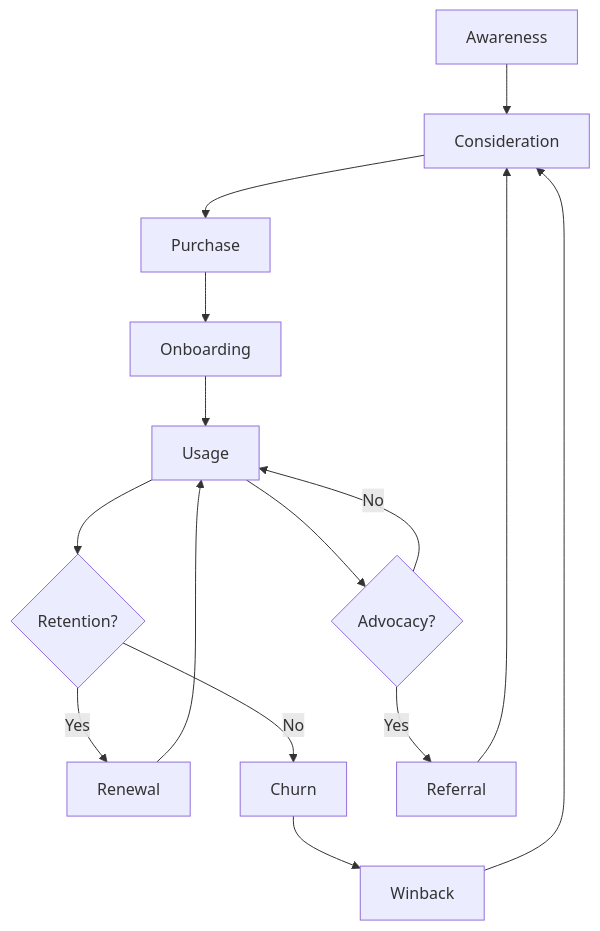
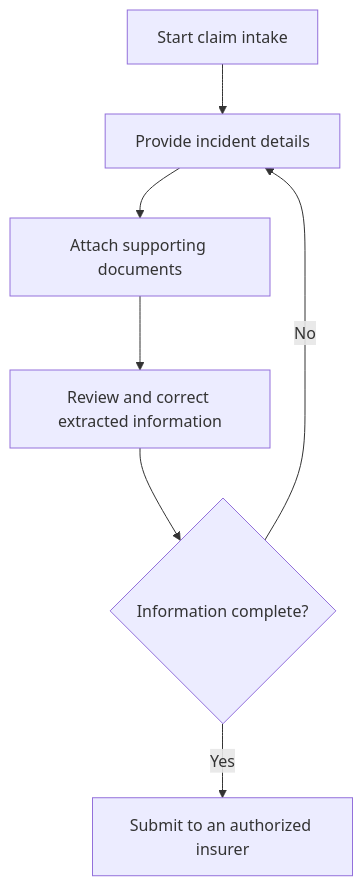
One commit to yaksheng/projects changed the second of 3 diagrams in hackathons/20251031-singhacks/user-journey/USER_JOURNEY.md. Above: the diagram before and after it, drawn with Mermaid. The commit also changed other lines of this file and 51 other files, not shown here.

````diff
--- a/hackathons/20251031-singhacks/user-journey/USER_JOURNEY.md
+++ b/hackathons/20251031-singhacks/user-journey/USER_JOURNEY.md
@@ -234,17 +18,9 @@
 ```mermaid
 graph TD
-    A[Awareness] --> B[Consideration]
-    B --> C[Purchase]
-    C --> D[Onboarding]
-    D --> E[Usage]
-    E --> F{Retention?}
-    F -->|Yes| G[Renewal]
-    F -->|No| H[Churn]
-    G --> E
-    H --> I[Winback]
-    I --> B
-    E --> J{Advocacy?}
-    J -->|Yes| K[Referral]
-    J -->|No| E
-    K --> B
+    Start[Start claim intake] --> Details[Provide incident details]
+    Details --> Documents[Attach supporting documents]
+    Documents --> Review[Review and correct extracted information]
+    Review --> Missing{Information complete?}
+    Missing -->|No| Details
+    Missing -->|Yes| Handoff[Submit to an authorized insurer]
 ```
````
